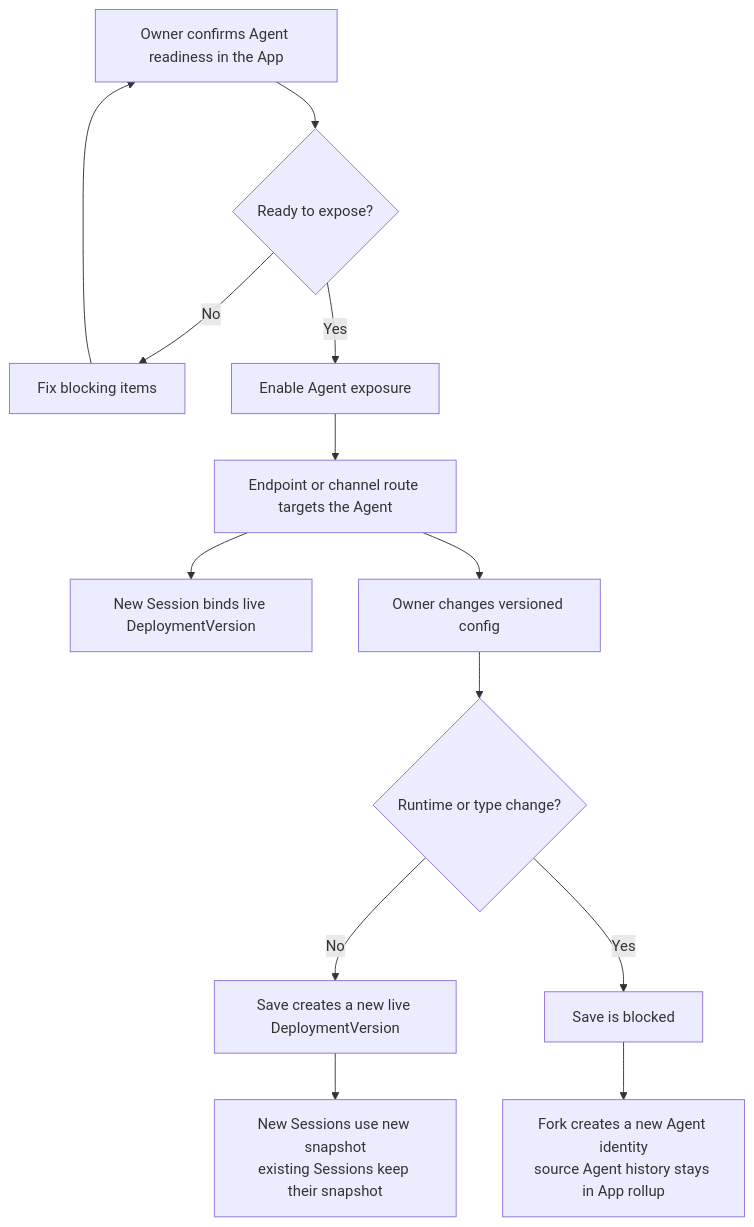
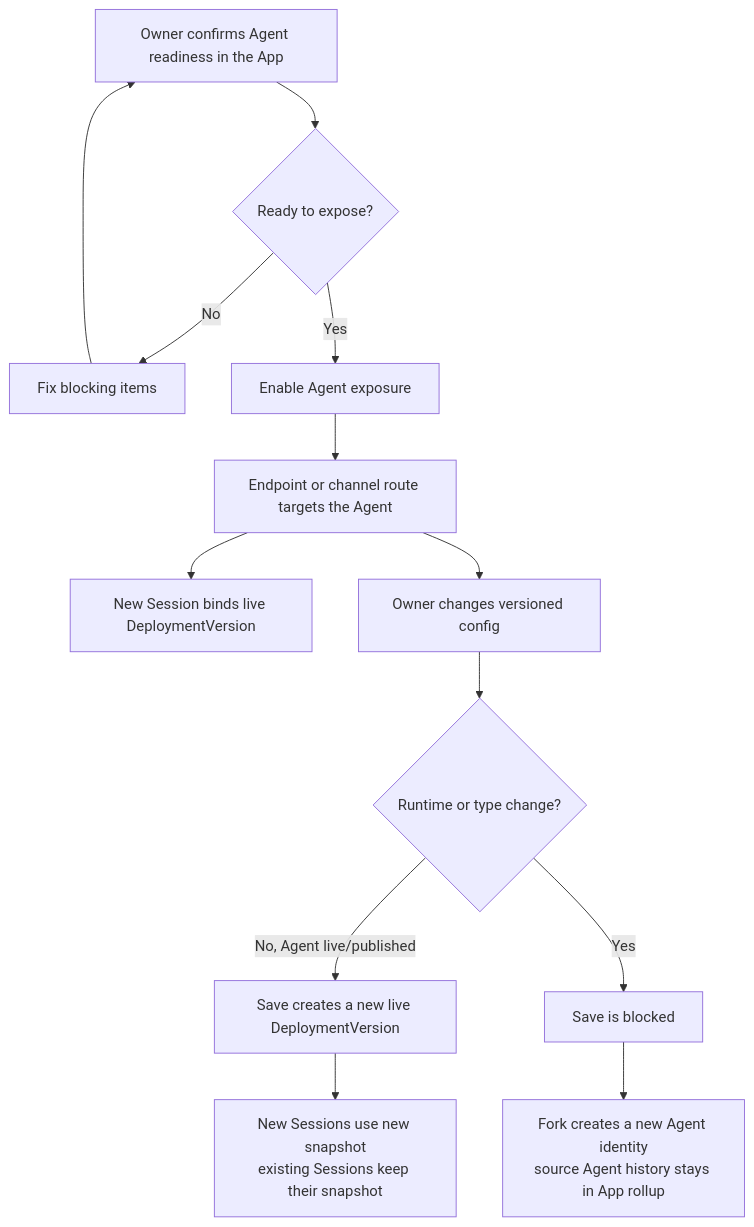
One commit to langgenius/mosoo changed the second of 2 diagrams in docs/prd/agent-service-identity.md. Above: the diagram before and after it, drawn with Mermaid. The commit also changed other lines of this file and 66 other files, not shown here.

````diff
--- a/docs/prd/agent-service-identity.md
+++ b/docs/prd/agent-service-identity.md
@@ -131,15 +137,15 @@
 ```mermaid
 flowchart TD
   A["Owner confirms Agent readiness in the App"] --> B{"Ready to expose?"}
   B -->|No| C["Fix blocking items"]
   C --> A
   B -->|Yes| D["Enable Agent exposure"]
   D --> E["Endpoint or channel route targets the Agent"]
   E --> F["New Session binds live DeploymentVersion"]
   E --> G["Owner changes versioned config"]
   G --> H{"Runtime or type change?"}
-  H -->|No| I["Save creates a new live DeploymentVersion"]
+  H -->|No, Agent live/published| I["Save creates a new live DeploymentVersion"]
   I --> J["New Sessions use new snapshot<br/>existing Sessions keep their snapshot"]
   H -->|Yes| K["Save is blocked"]
   K --> L["Fork creates a new Agent identity<br/>source Agent history stays in App rollup"]
 ```
````
